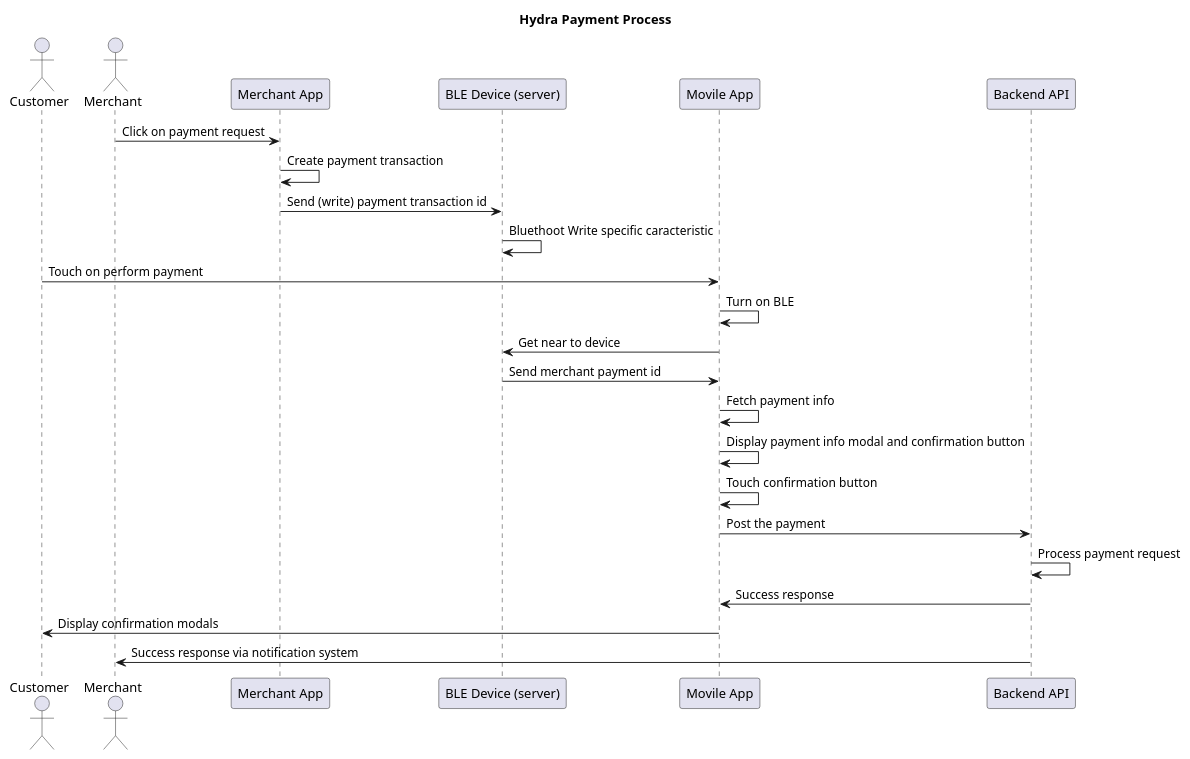
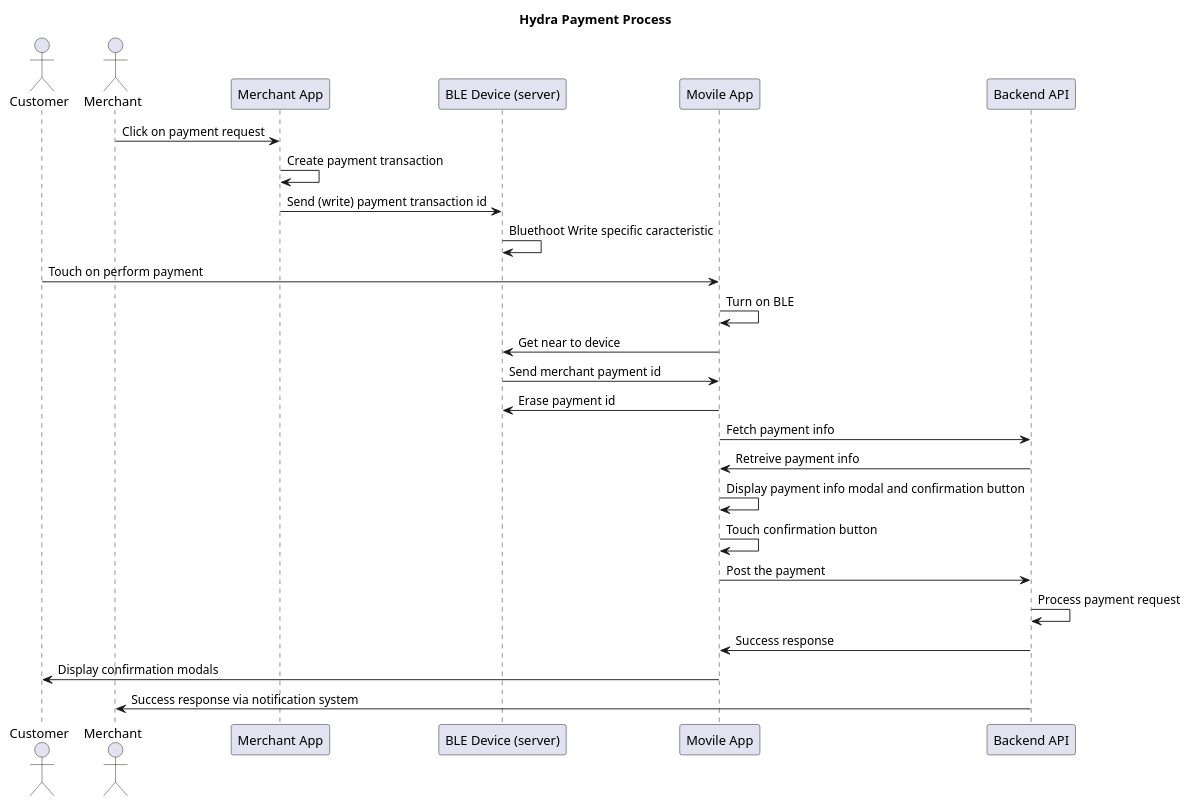
The diagram in apps/merchant/src/design/payment.interaction.puml (blazarlabs-io/hydra-turbo), drawn with PlantUML before and after one commit.

Commit message:
some updates

```diff
--- a/apps/merchant/src/design/payment.interaction.puml
+++ b/apps/merchant/src/design/payment.interaction.puml
@@ -1,28 +1,30 @@
 @startuml
 title Hydra Payment Process
 
 actor Customer
 actor Merchant
 participant "Merchant App" as WebApp
 participant "BLE Device (server)" as Device
 participant "Movile App" as MovileApp
 participant "Backend API" as Backend
 
 Merchant -> WebApp: Click on payment request
 WebApp -> WebApp: Create payment transaction
 WebApp -> Device: Send (write) payment transaction id
 Device -> Device: Bluethoot Write specific caracteristic
 Customer -> MovileApp: Touch on perform payment
 MovileApp -> MovileApp: Turn on BLE
 MovileApp -> Device: Get near to device
 Device -> MovileApp: Send merchant payment id
-MovileApp -> MovileApp: Fetch payment info
+MovileApp -> Device: Erase payment id
+MovileApp -> Backend: Fetch payment info
+Backend -> MovileApp: Retreive payment info
 MovileApp -> MovileApp: Display payment info modal and confirmation button
 MovileApp -> MovileApp: Touch confirmation button
 MovileApp -> Backend: Post the payment
 Backend -> Backend: Process payment request
 Backend -> MovileApp: Success response
 MovileApp -> Customer: Display confirmation modals
 Backend -> Merchant: Success response via notification system
 
 @enduml
```
